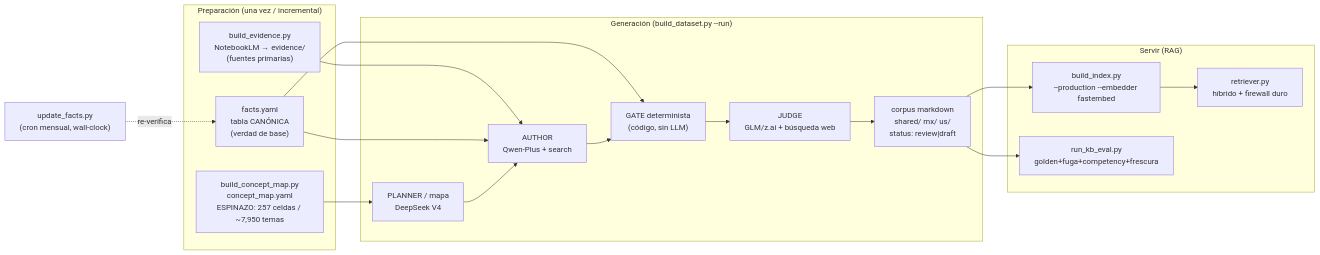
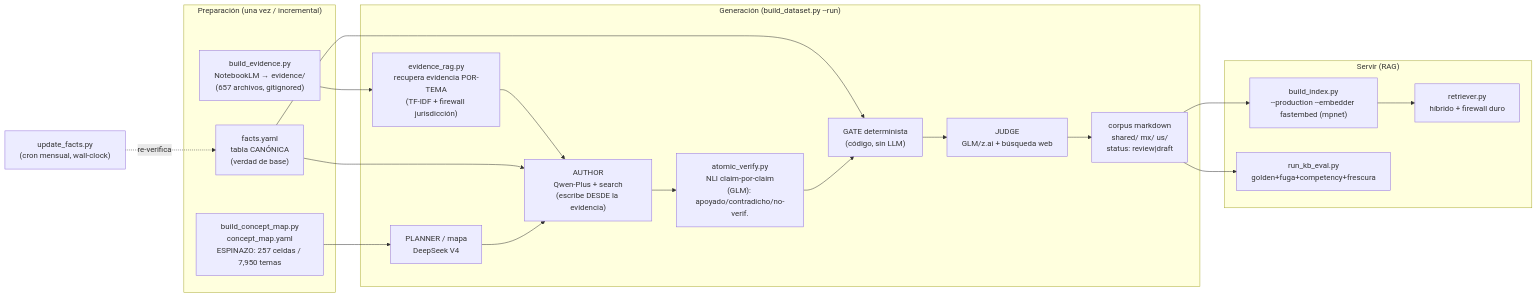
The first of 5 diagrams in littlefounders_brain/rag-llm-brain/PIPELINE.md (jesusvasquezjr3-littlefounders/LITTLEFOUNDERS-AI), drawn with Mermaid before and after one commit. The commit also changed other lines of this file and 20 other files, not shown here.

First line of the commit message:
feat(rag-llm-brain): migrate pipeline to v4 (RAG-to-write and atomic verification)

````diff
--- a/littlefounders_brain/rag-llm-brain/PIPELINE.md
+++ b/littlefounders_brain/rag-llm-brain/PIPELINE.md
@@ -24,27 +32,29 @@
 ```mermaid
 flowchart LR
   subgraph PREP["Preparación (una vez / incremental)"]
-    EV["build_evidence.py<br/>NotebookLM → evidence/<br/>(fuentes primarias)"]
+    EV["build_evidence.py<br/>NotebookLM → evidence/<br/>(657 archivos, gitignored)"]
     FACTS["facts.yaml<br/>tabla CANÓNICA<br/>(verdad de base)"]
-    MAP["build_concept_map.py<br/>concept_map.yaml<br/>ESPINAZO: 257 celdas / ~7,950 temas"]
+    MAP["build_concept_map.py<br/>concept_map.yaml<br/>ESPINAZO: 257 celdas / 7,950 temas"]
   end
   subgraph BUILD["Generación (build_dataset.py --run)"]
     PLAN["PLANNER / mapa<br/>DeepSeek V4"]
-    AUTH["AUTHOR<br/>Qwen-Plus + search"]
+    RAG["evidence_rag.py<br/>recupera evidencia POR-TEMA<br/>(TF-IDF + firewall jurisdicción)"]
+    AUTH["AUTHOR<br/>Qwen-Plus + search<br/>(escribe DESDE la evidencia)"]
+    AVER["atomic_verify.py<br/>NLI claim-por-claim<br/>(GLM): apoyado/contradicho/no-verif."]
     GATE["GATE determinista<br/>(código, sin LLM)"]
     JUDGE["JUDGE<br/>GLM/z.ai + búsqueda web"]
     CORPUS["corpus markdown<br/>shared/ mx/ us/<br/>status: review|draft"]
   end
   subgraph SERVE["Servir (RAG)"]
-    IDX["build_index.py<br/>--production --embedder fastembed"]
+    IDX["build_index.py<br/>--production --embedder fastembed (mpnet)"]
     RET["retriever.py<br/>híbrido + firewall duro"]
     EVAL["run_kb_eval.py<br/>golden+fuga+competency+frescura"]
   end
-  EV --> AUTH
+  EV --> RAG --> AUTH
   FACTS --> AUTH
   FACTS --> GATE
-  MAP --> PLAN --> AUTH --> GATE --> JUDGE --> CORPUS
+  MAP --> PLAN --> AUTH --> AVER --> GATE --> JUDGE --> CORPUS
   CORPUS --> IDX --> RET
   CORPUS --> EVAL
   FRESH["update_facts.py<br/>(cron mensual, wall-clock)"] -.re-verifica.-> FACTS
 ```
````
